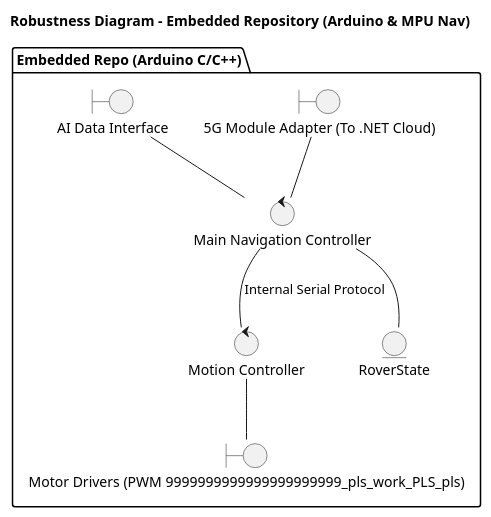
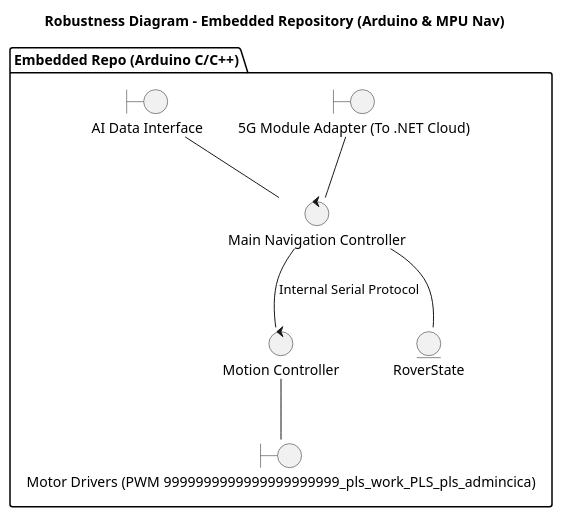
Before and after one commit to NOKIA-5G-SOS-Rover/Integrator: the diagram in docs/architecture/diagrams/structural/embedded_bce.puml, drawn with PlantUML.

Commit message:
try no.7 github actions

```diff
--- a/docs/architecture/diagrams/structural/embedded_bce.puml
+++ b/docs/architecture/diagrams/structural/embedded_bce.puml
@@ -1,24 +1,24 @@
 @startuml embedded_bce
 title Robustness Diagram - Embedded Repository (Arduino & MPU Nav)
 
 skinparam backgroundColor white
 skinparam componentStyle uml2
 
 package "Embedded Repo (Arduino C/C++)" {
     boundary "5G Module Adapter (To .NET Cloud)" as 5GBnd
-    boundary "Motor Drivers (PWM 9999999999999999999999_pls_work_PLS_pls)" as MotorBnd
+    boundary "Motor Drivers (PWM 9999999999999999999999_pls_work_PLS_pls_admincica)" as MotorBnd
     boundary "AI Data Interface" as AIBnd
     
     control "Main Navigation Controller" as NavCtrl
     control "Motion Controller" as MotionCtrl
     
     entity "RoverState" as StateEnt
     
     5GBnd -- NavCtrl
     AIBnd -- NavCtrl
     NavCtrl -- StateEnt
     
     NavCtrl -- MotionCtrl : Internal Serial Protocol
     MotionCtrl -- MotorBnd
 }
 @enduml
```
